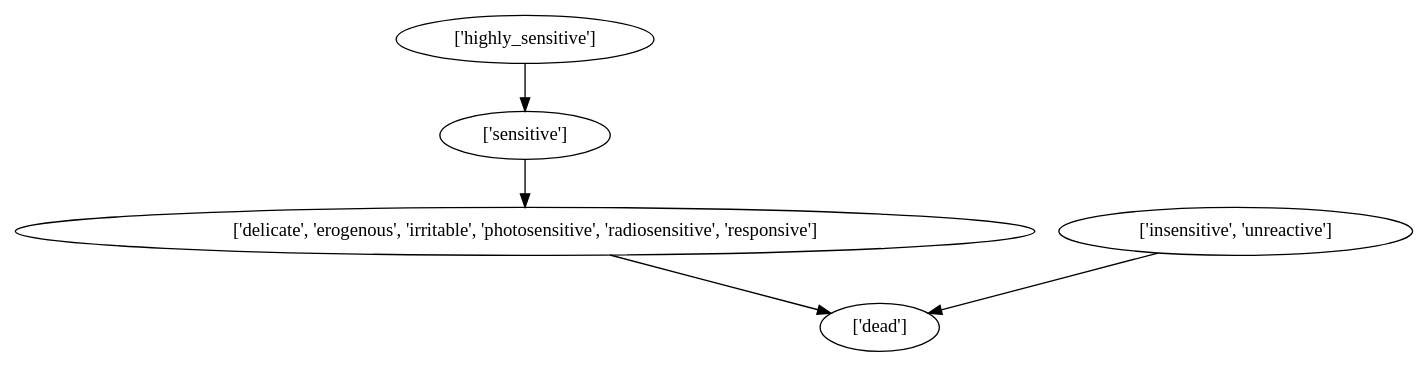
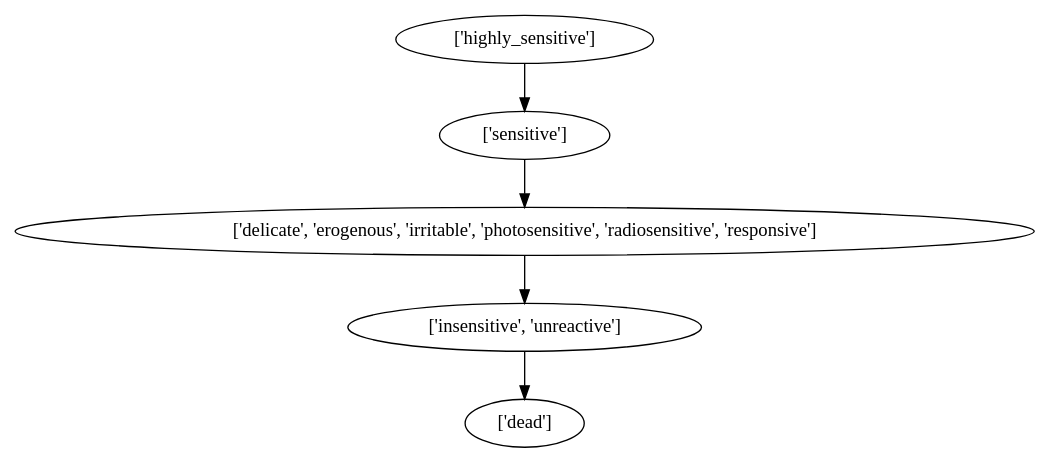
One commit to bleonar5/mechanical_turk changed the diagram in graphs_with_eqs/dots/sensitivity.dot. Above: the diagram before and after it, drawn with Graphviz. The commit also changed 99 other files, not shown here.

```diff
--- a/graphs_with_eqs/dots/sensitivity.dot
+++ b/graphs_with_eqs/dots/sensitivity.dot
@@ -1,6 +1,6 @@
 strict digraph  {
 	"['highly_sensitive']" -> "['sensitive']";
 	"['sensitive']" -> "['delicate', 'erogenous', 'irritable', 'photosensitive', 'radiosensitive', 'responsive']";
-	"['delicate', 'erogenous', 'irritable', 'photosensitive', 'radiosensitive', 'responsive']" -> "['dead']";
+	"['delicate', 'erogenous', 'irritable', 'photosensitive', 'radiosensitive', 'responsive']" -> "['insensitive', 'unreactive']";
 	"['insensitive', 'unreactive']" -> "['dead']";
 }
```
